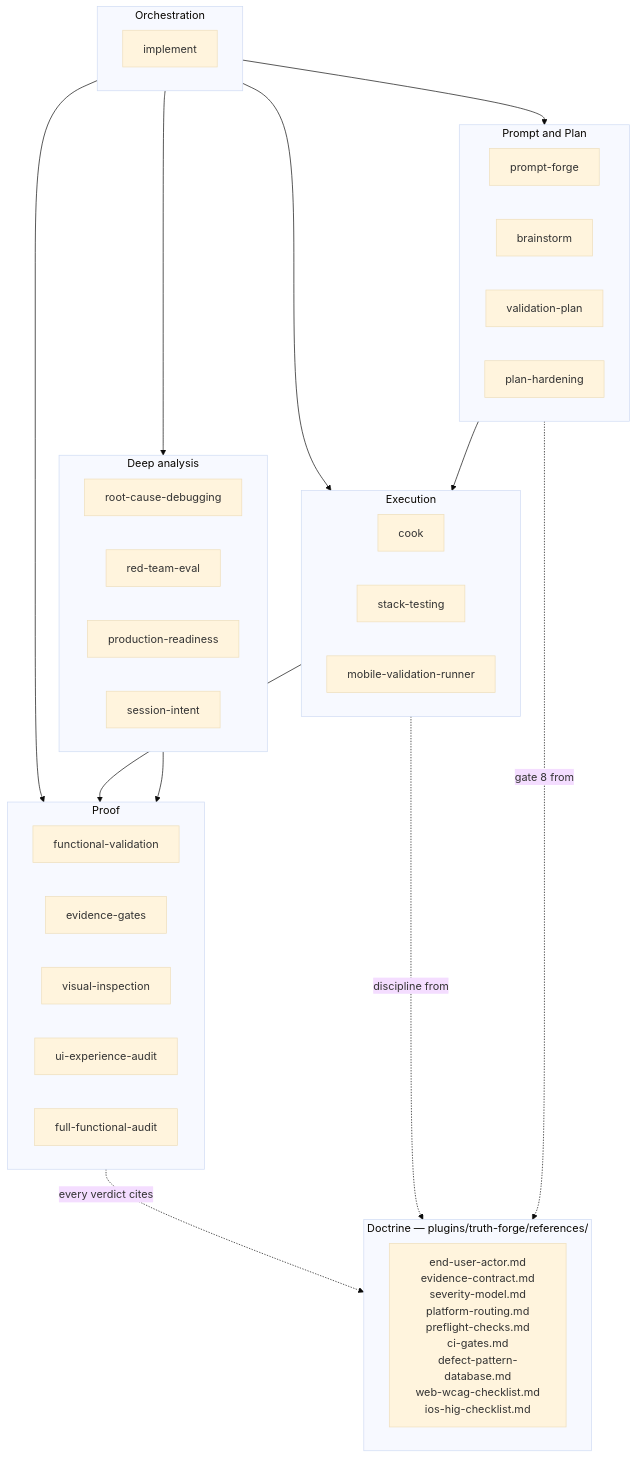
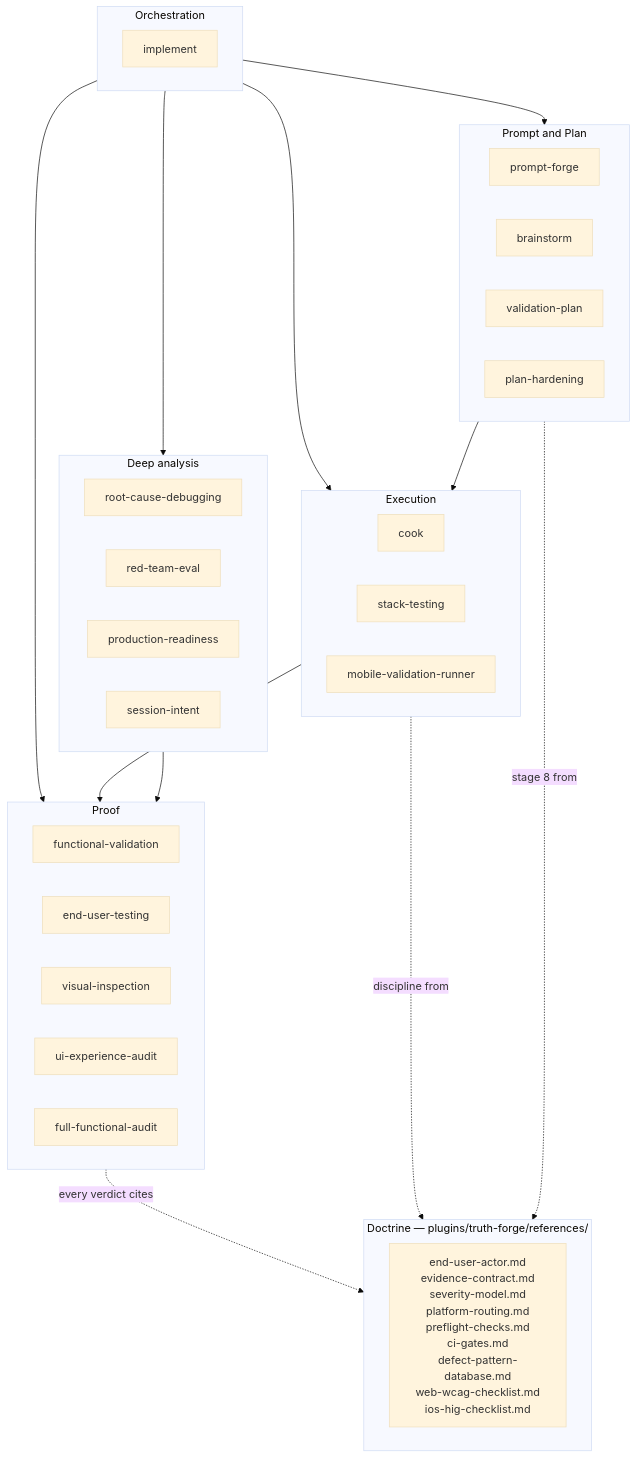
One commit to krzemienski/proofpunk changed the second of 5 diagrams in README.md. Above: the diagram before and after it, drawn with Mermaid (base theme). The commit also changed other lines of this file and 114 other files, not shown here.

First line of the commit message:
v1.7.0: execution-logic doctrine, end-user-testing rename, 20-theme cyberpunk pack, OMP + OpenCode plugins

````diff
--- a/README.md
+++ b/README.md
@@ -424,43 +463,43 @@
 ```mermaid
 graph TB
     subgraph ORCH["Orchestration"]
         IMP["implement"]
     end
     subgraph PROMPT["Prompt and Plan"]
         PF["prompt-forge"]
         BS["brainstorm"]
         VP["validation-plan"]
         PH["plan-hardening"]
     end
     subgraph EXEC["Execution"]
         CK["cook"]
         ST["stack-testing"]
         MVR["mobile-validation-runner"]
     end
     subgraph PROOF["Proof"]
         FV["functional-validation"]
-        EG["evidence-gates"]
+        EG["end-user-testing"]
         VI["visual-inspection"]
         UX["ui-experience-audit"]
         FFA["full-functional-audit"]
     end
     subgraph DEEP["Deep analysis"]
         RCD["root-cause-debugging"]
         RTE["red-team-eval"]
         PR["production-readiness"]
         SI["session-intent"]
     end
     subgraph DOC["Doctrine — plugins/truth-forge/references/"]
         REF["end-user-actor.md<br/>evidence-contract.md<br/>severity-model.md<br/>platform-routing.md<br/>preflight-checks.md<br/>ci-gates.md<br/>defect-pattern-database.md<br/>web-wcag-checklist.md<br/>ios-hig-checklist.md"]
     end
     ORCH --> PROMPT
     ORCH --> EXEC
     ORCH --> PROOF
     ORCH --> DEEP
     PROMPT --> EXEC
     EXEC --> PROOF
     DEEP --> PROOF
     PROOF -.->|every verdict cites| DOC
     EXEC -.->|discipline from| DOC
-    PROMPT -.->|gate 8 from| DOC
+    PROMPT -.->|stage 8 from| DOC
 ```
````
